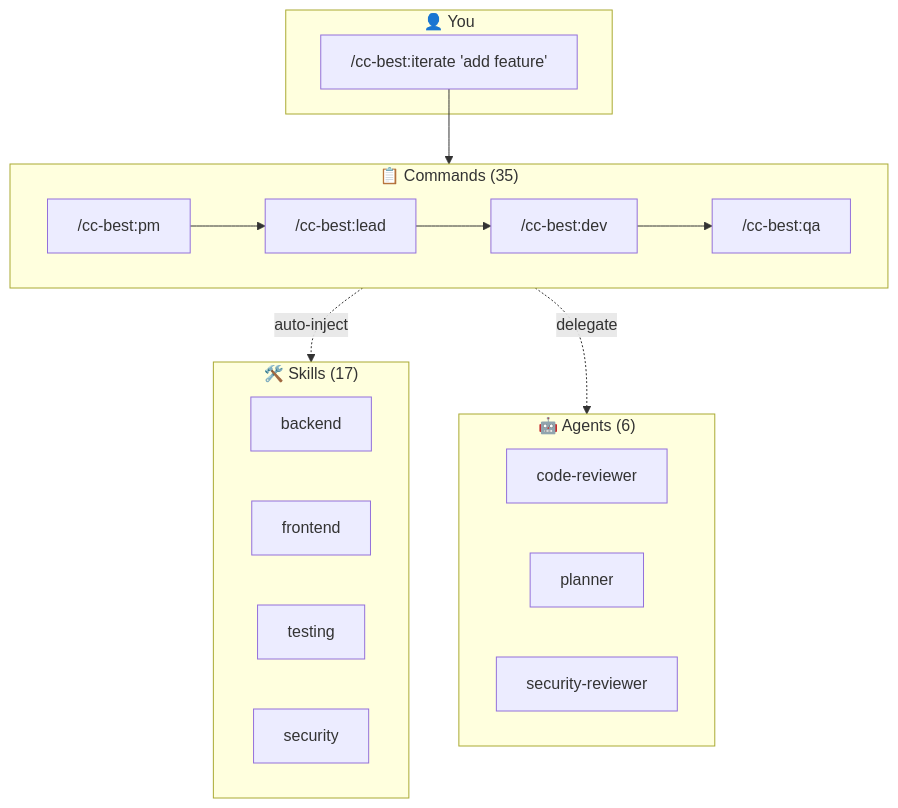
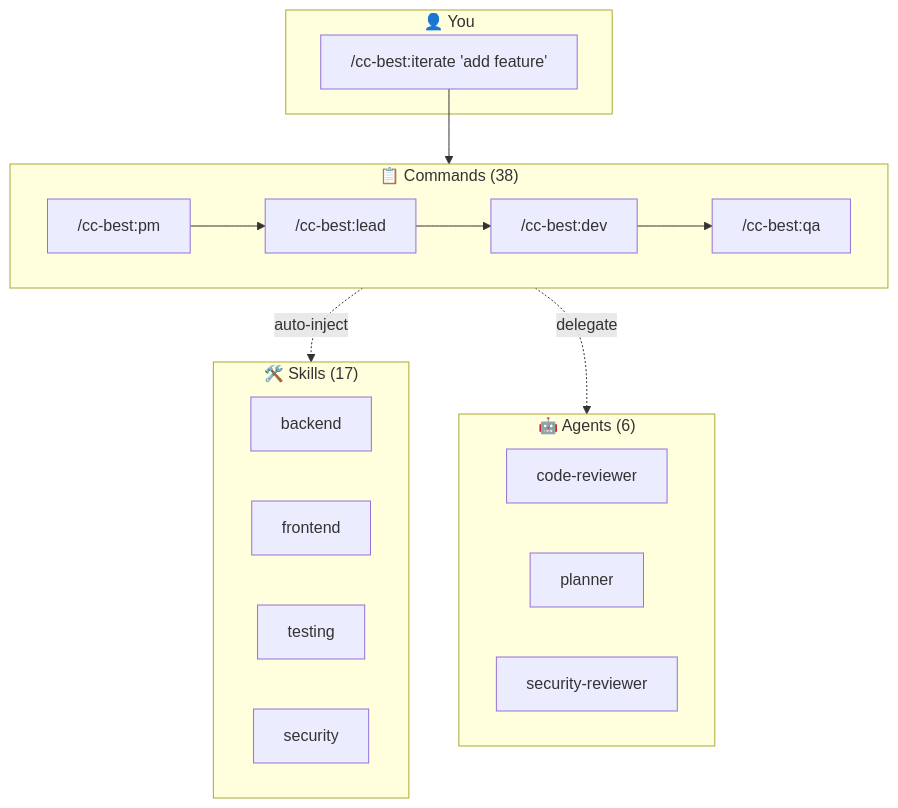
One commit to xiaobei930/cc-best changed the second of 2 diagrams in README.md. Above: the diagram before and after it, drawn with Mermaid. The commit also changed other lines of this file and 54 other files, not shown here.

````diff
--- a/README.md
+++ b/README.md
@@ -259,27 +260,27 @@
 ```mermaid
 flowchart TB
     subgraph User["👤 You"]
         CMD["/cc-best:iterate 'add feature'"]
     end
 
-    subgraph Commands["📋 Commands (35)"]
+    subgraph Commands["📋 Commands (38)"]
         PM["/cc-best:pm"] --> Lead["/cc-best:lead"] --> Dev["/cc-best:dev"] --> QA["/cc-best:qa"]
     end
 
     subgraph Skills["🛠️ Skills (17)"]
         S1["backend"]
         S2["frontend"]
         S3["testing"]
         S4["security"]
     end
 
     subgraph Agents["🤖 Agents (6)"]
         A1["code-reviewer"]
         A2["planner"]
         A3["security-reviewer"]
     end
 
     CMD --> Commands
     Commands -.->|"auto-inject"| Skills
     Commands -.->|"delegate"| Agents
 ```
````
